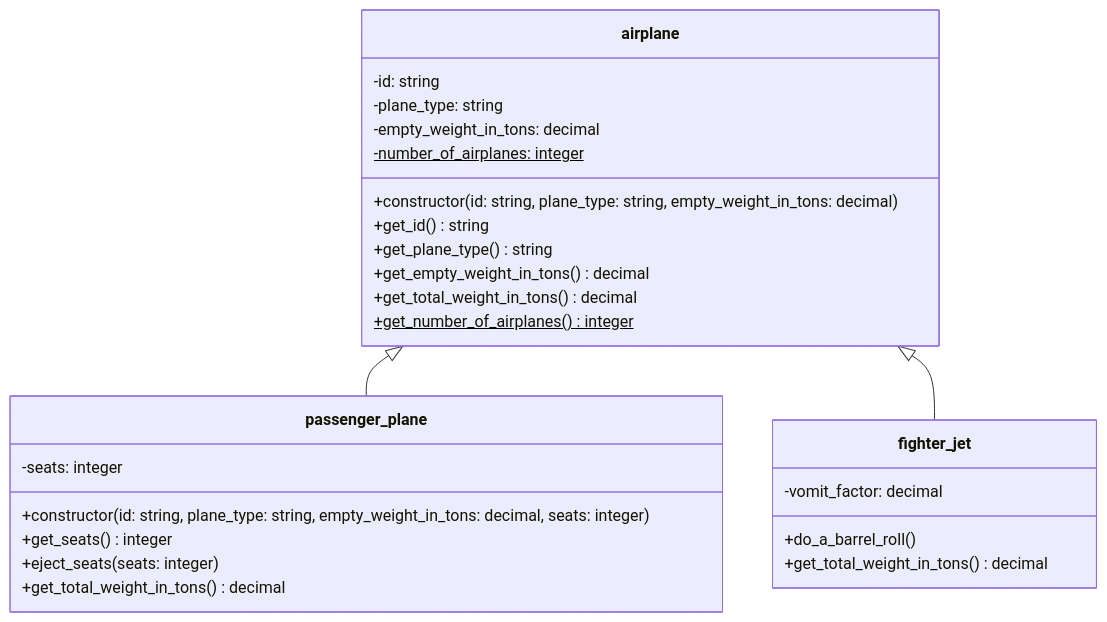
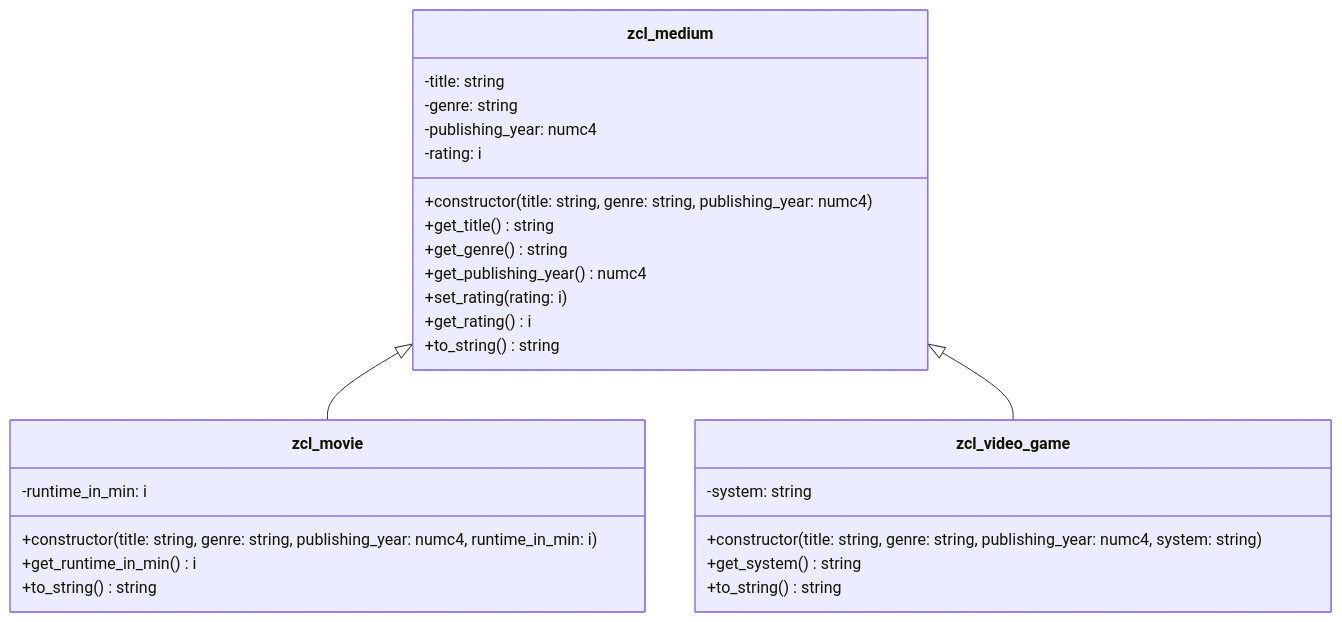
Before and after one commit to appenmaier/s4hana: the diagram in docs/exercises/abap-objects/abap-objects-06.md, drawn with Mermaid. The commit also changed other lines of this file and 8 other files, not shown here.

````diff
--- a/docs/exercises/abap-objects/abap-objects-06.md
+++ b/docs/exercises/abap-objects/abap-objects-06.md
@@ -11,32 +11,33 @@
 ```mermaid
 classDiagram
-   airplane <|-- passenger_plane
-   airplane <|-- fighter_jet
+   zcl_medium <|-- zcl_movie
+   zcl_medium <|-- zcl_video_game
 
-   class airplane {
-      -id: string
-      -plane_type: string
-      -empty_weight_in_tons: decimal
-      -number_of_airplanes: integer$
-      +constructor(id: string, plane_type: string, empty_weight_in_tons: decimal)
-      +get_id() string
-      +get_plane_type() string
-      +get_empty_weight_in_tons() decimal
-     +get_total_weight_in_tons() decimal
-      +get_number_of_airplanes() integer$
+   class zcl_medium {
+      -title: string
+      -genre: string
+      -publishing_year: numc4
+      -rating: i
+      +constructor(title: string, genre: string, publishing_year: numc4)
+      +get_title() string      
+      +get_genre() string      
+      +get_publishing_year() numc4
+      +set_rating(rating: i)
+      +get_rating() i
+      +to_string() string
    }
 
-   class passenger_plane {
-      -seats: integer
-      +constructor(id: string, plane_type: string, empty_weight_in_tons: decimal, seats: integer)
-      +get_seats() integer
-      +eject_seats(seats: integer)
-      +get_total_weight_in_tons() decimal
+   class zcl_movie {
+      -runtime_in_min: i
+      +constructor(title: string, genre: string, publishing_year: numc4, runtime_in_min: i)
+      +get_runtime_in_min() i
+      +to_string() string
    }
 
-   class fighter_jet {
-      -vomit_factor: decimal
-      +do_a_barrel_roll()
-      +get_total_weight_in_tons() decimal
+   class zcl_video_game {
+      -system: string
+      +constructor(title: string, genre: string, publishing_year: numc4, system: string)
+      +get_system() string
+      +to_string() string
    }
 ```
````
